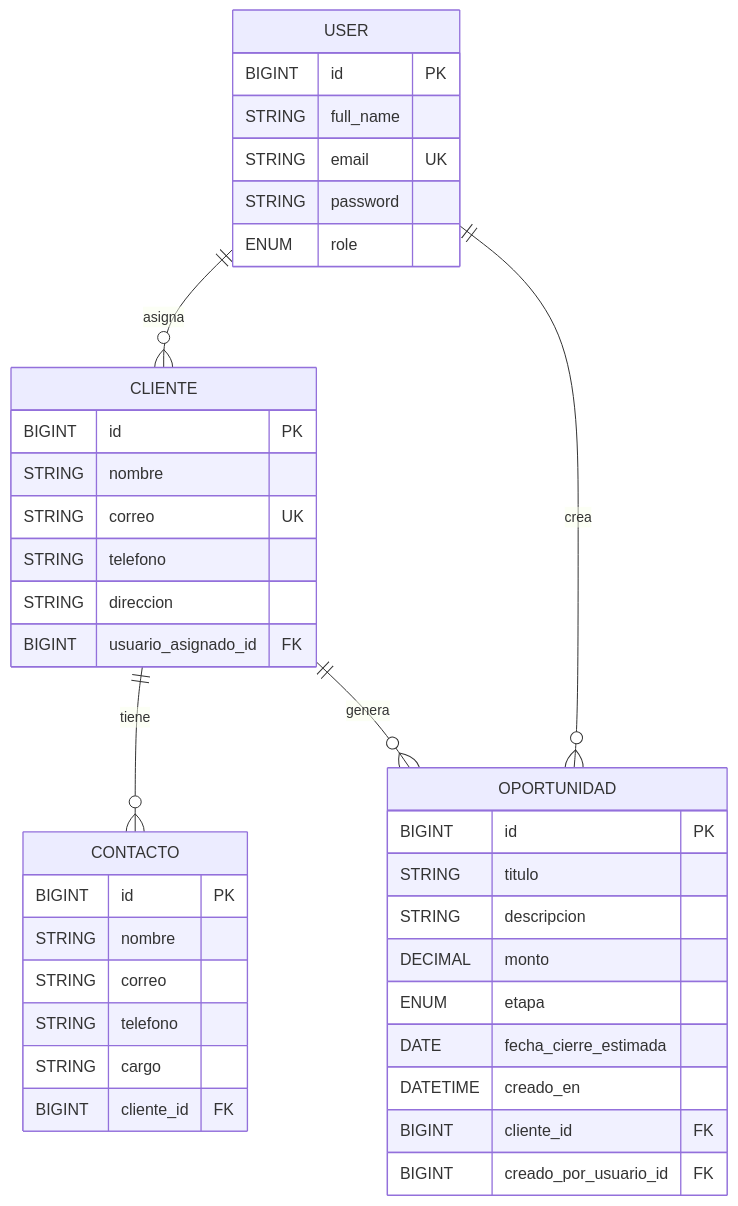
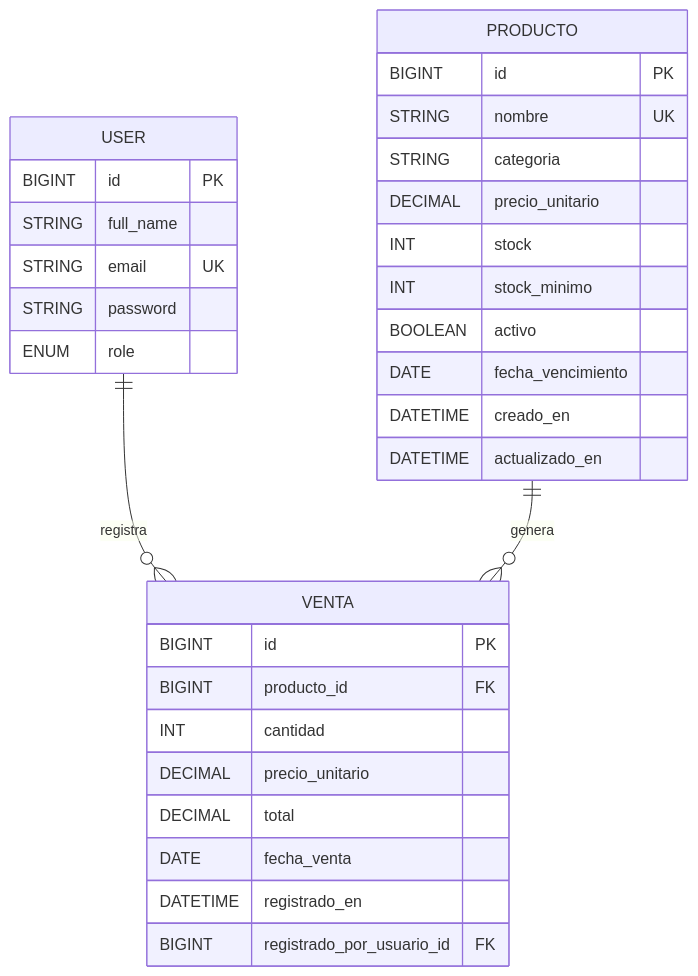
One commit to Bocchi2302/finaldes changed the diagram in README.md. Above: the diagram before and after it, drawn with Mermaid. The commit also changed other lines of this file, not shown here.

````diff
--- a/README.md
+++ b/README.md
@@ -101,45 +245,37 @@
 ```mermaid
 erDiagram
   USER {
     BIGINT id PK
     STRING full_name
     STRING email UK
     STRING password
     ENUM role
   }
 
-  CLIENTE {
+  PRODUCTO {
     BIGINT id PK
-    STRING nombre
-    STRING correo UK
-    STRING telefono
-    STRING direccion
-    BIGINT usuario_asignado_id FK
+    STRING nombre UK
+    STRING categoria
+    DECIMAL precio_unitario
+    INT stock
+    INT stock_minimo
+    BOOLEAN activo
+    DATE fecha_vencimiento
+    DATETIME creado_en
+    DATETIME actualizado_en
   }
 
-  CONTACTO {
+  VENTA {
     BIGINT id PK
-    STRING nombre
-    STRING correo
-    STRING telefono
-    STRING cargo
-    BIGINT cliente_id FK
+    BIGINT producto_id FK
+    INT cantidad
+    DECIMAL precio_unitario
+    DECIMAL total
+    DATE fecha_venta
+    DATETIME registrado_en
+    BIGINT registrado_por_usuario_id FK
   }
 
-  OPORTUNIDAD {
-    BIGINT id PK
-    STRING titulo
-    STRING descripcion
-    DECIMAL monto
-    ENUM etapa
-    DATE fecha_cierre_estimada
-    DATETIME creado_en
-    BIGINT cliente_id FK
-    BIGINT creado_por_usuario_id FK
-  }
-
-  USER ||--o{ CLIENTE : asigna
-  CLIENTE ||--o{ CONTACTO : tiene
-  CLIENTE ||--o{ OPORTUNIDAD : genera
-  USER ||--o{ OPORTUNIDAD : crea
+  USER ||--o{ VENTA : registra
+  PRODUCTO ||--o{ VENTA : genera
 ```
````
